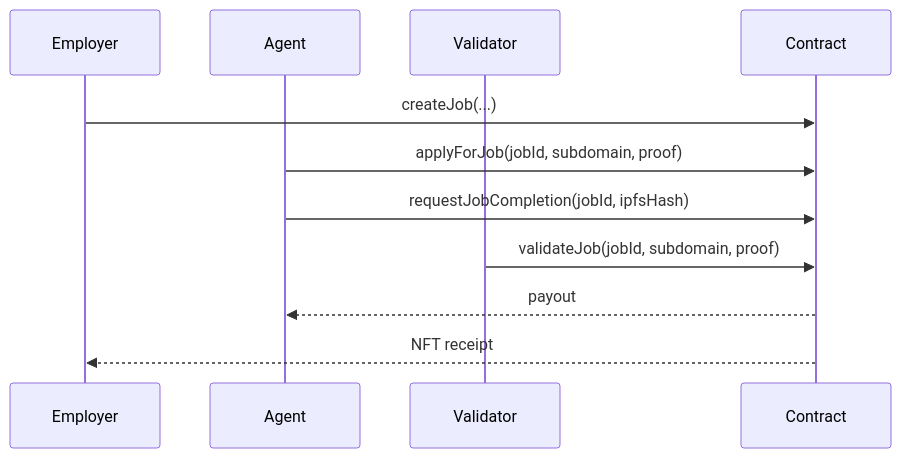
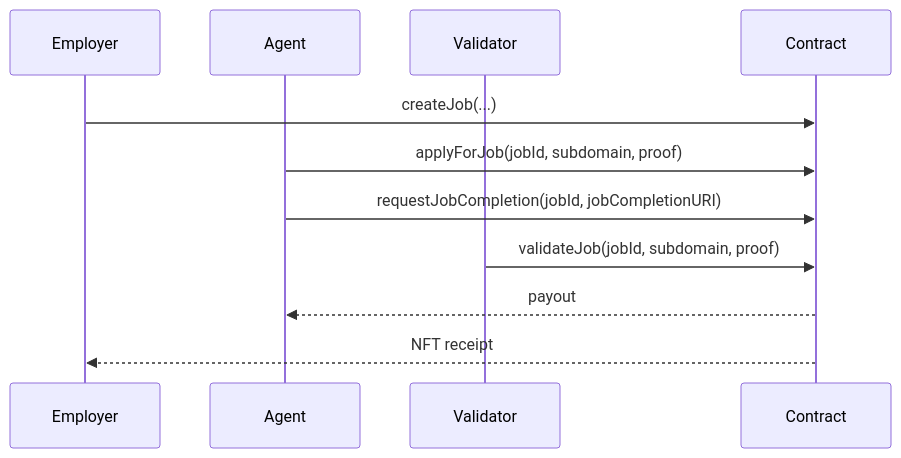
One commit to MontrealAI/AGIJobManager changed the second of 3 diagrams in docs/namespace/AGI_ETH_NAMESPACE_ALPHA.md. Above: the diagram before and after it, drawn with Mermaid. The commit also changed other lines of this file and 8 other files, not shown here.

Commit message:
Update docs for job spec and completion URIs

````diff
--- a/docs/namespace/AGI_ETH_NAMESPACE_ALPHA.md
+++ b/docs/namespace/AGI_ETH_NAMESPACE_ALPHA.md
@@ -207,14 +208,14 @@
 ```mermaid
 sequenceDiagram
   participant Employer
   participant Agent
   participant Validator
   participant Contract
 
   Employer->>Contract: createJob(...)
   Agent->>Contract: applyForJob(jobId, subdomain, proof)
-  Agent->>Contract: requestJobCompletion(jobId, ipfsHash)
+  Agent->>Contract: requestJobCompletion(jobId, jobCompletionURI)
   Validator->>Contract: validateJob(jobId, subdomain, proof)
   Contract-->>Agent: payout
   Contract-->>Employer: NFT receipt
 ```
````
